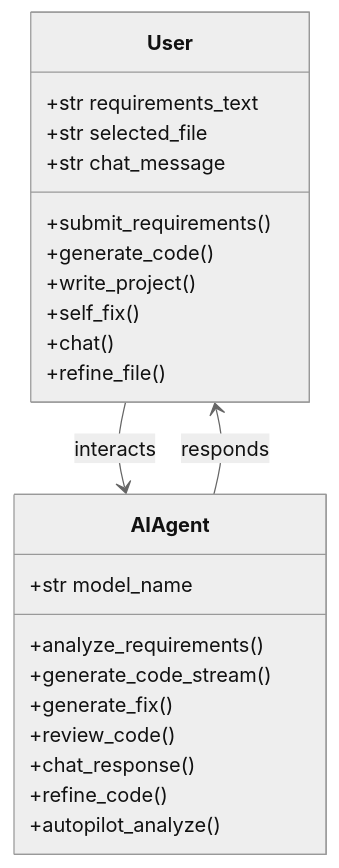
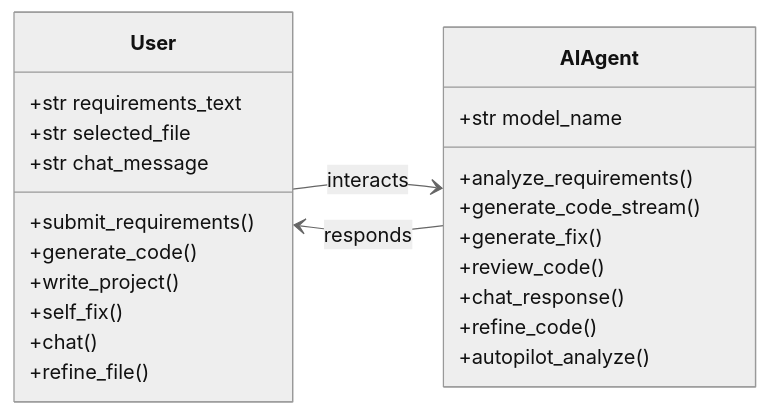
The fourth of 5 diagrams in docs/SASDS_COMPREHENSIVE_ARCHITECTURE.md (sathvik-123547/SASDS-AI-Automation), drawn with Mermaid (neutral theme) before and after one commit. The commit also changed other lines of this file, not shown here.

First line of the commit message:
docs: simplify sequence diagram, horizontal class diagram

````diff
--- a/docs/SASDS_COMPREHENSIVE_ARCHITECTURE.md
+++ b/docs/SASDS_COMPREHENSIVE_ARCHITECTURE.md
@@ -235,28 +220,29 @@
 ```mermaid
 classDiagram
+    direction LR
     class User {
         +str requirements_text
         +str selected_file
         +str chat_message
         +submit_requirements()
         +generate_code()
         +write_project()
         +self_fix()
         +chat()
         +refine_file()
     }
 
     class AIAgent {
         +str model_name
         +analyze_requirements()
         +generate_code_stream()
         +generate_fix()
         +review_code()
         +chat_response()
         +refine_code()
         +autopilot_analyze()
     }
 
     User --> AIAgent : interacts
     AIAgent --> User : responds
 ```
````
